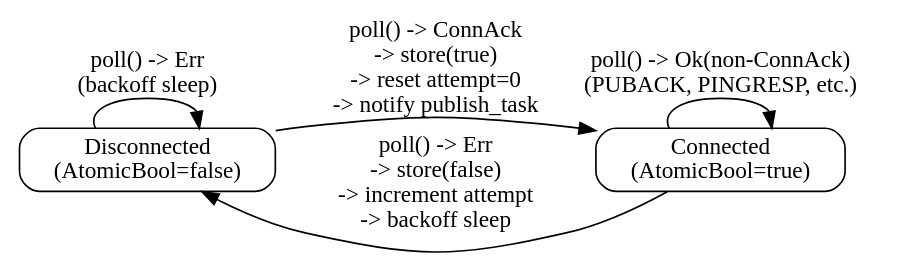
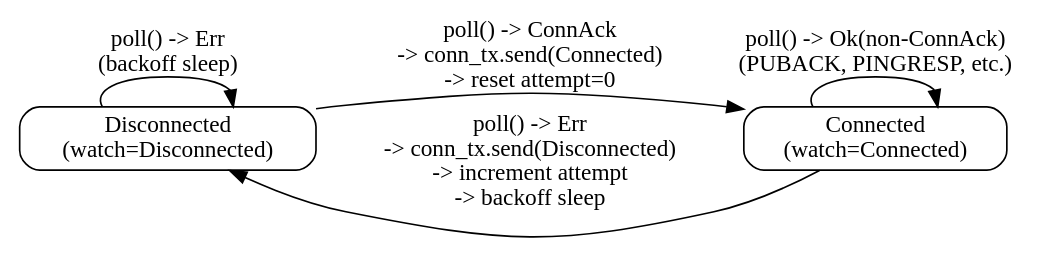
One commit to w-pinkietech/iotkit changed the third of 4 diagrams in docs/superpowers/specs/2026-03-29-phase1a-adapter-standalone-design.md. Above: the diagram before and after it, drawn with Graphviz. The commit also changed other lines of this file, not shown here.

````diff
--- a/docs/superpowers/specs/2026-03-29-phase1a-adapter-standalone-design.md
+++ b/docs/superpowers/specs/2026-03-29-phase1a-adapter-standalone-design.md
@@ -1328,14 +1333,14 @@
 ```dot
 digraph connection_lifecycle {
     rankdir=LR;
     node [shape=box, style=rounded];
 
-    Disconnected [label="Disconnected\n(AtomicBool=false)"];
-    Connected [label="Connected\n(AtomicBool=true)"];
+    Disconnected [label="Disconnected\n(watch=Disconnected)"];
+    Connected [label="Connected\n(watch=Connected)"];
 
     Disconnected -> Disconnected [label="poll() -> Err\n(backoff sleep)"];
-    Disconnected -> Connected [label="poll() -> ConnAck\n-> store(true)\n-> reset attempt=0\n-> notify publish_task"];
+    Disconnected -> Connected [label="poll() -> ConnAck\n-> conn_tx.send(Connected)\n-> reset attempt=0"];
     Connected -> Connected [label="poll() -> Ok(non-ConnAck)\n(PUBACK, PINGRESP, etc.)"];
-    Connected -> Disconnected [label="poll() -> Err\n-> store(false)\n-> increment attempt\n-> backoff sleep"];
+    Connected -> Disconnected [label="poll() -> Err\n-> conn_tx.send(Disconnected)\n-> increment attempt\n-> backoff sleep"];
 }
 ```
````
